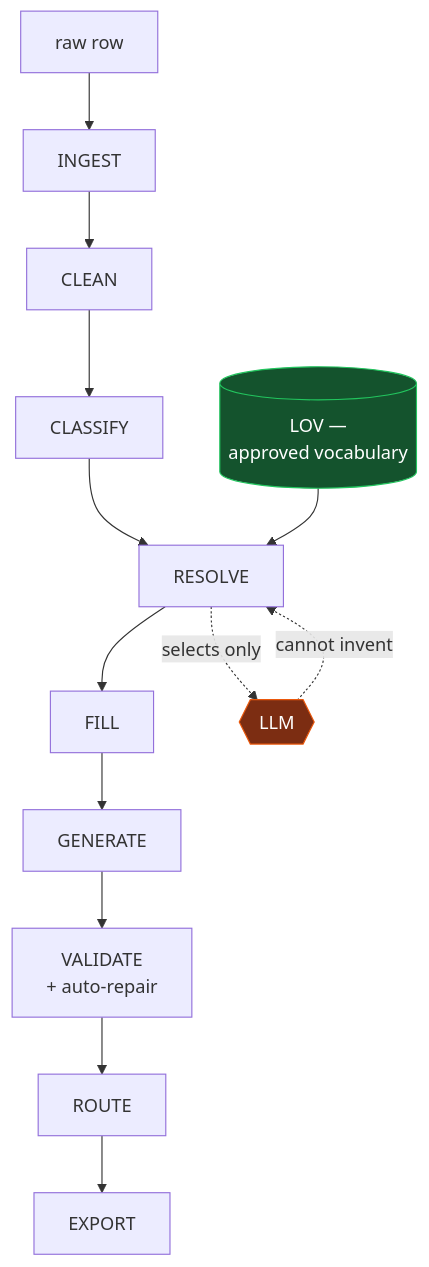
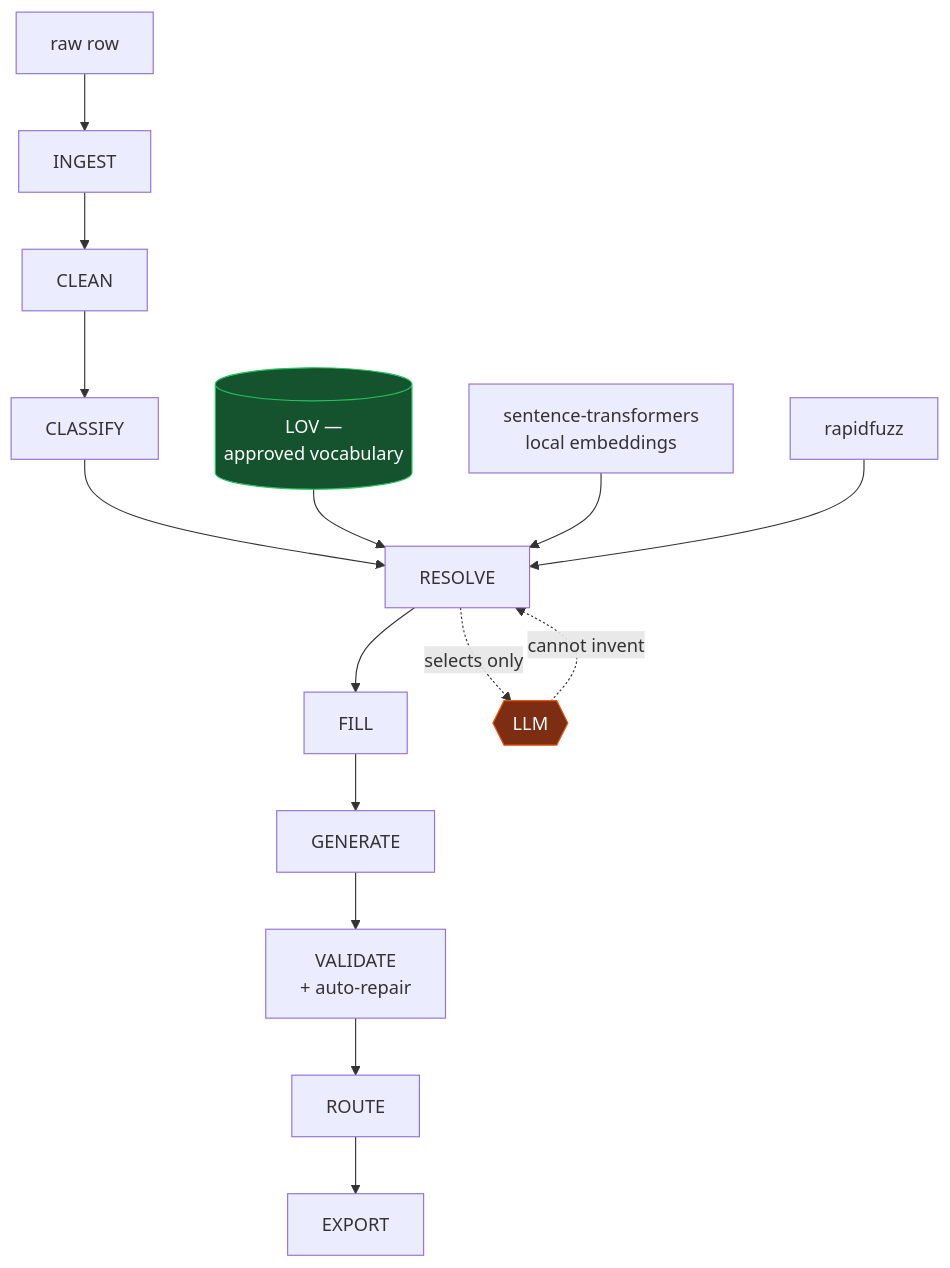
The first of 3 diagrams in README.md (PravAl2028/PravAl2028), drawn with Mermaid before and after one commit. The commit also changed other lines of this file and 2 other files, not shown here.

````diff
--- a/README.md
+++ b/README.md
@@ -97,12 +103,14 @@
 ```mermaid
 flowchart TD
     RAW["raw row"] --> ING["INGEST"] --> CLN["CLEAN"] --> CLS["CLASSIFY"]
     CLS --> RES["RESOLVE"] --> FILL["FILL"] --> GEN["GENERATE"]
     GEN --> VAL["VALIDATE<br/>+ auto-repair"] --> RTE["ROUTE"] --> EXP["EXPORT"]
     LOV[("LOV —<br/>approved vocabulary")] --> RES
+    EMB["sentence-transformers<br/>local embeddings"] --> RES
+    FUZ["rapidfuzz"] --> RES
     RES -.->|"selects only"| LLM{{"LLM"}}
     LLM -.->|"cannot invent"| RES
 
     style LOV fill:#14532d,stroke:#22c55e,color:#fff
     style LLM fill:#7c2d12,stroke:#ea580c,color:#fff
 ```
````
